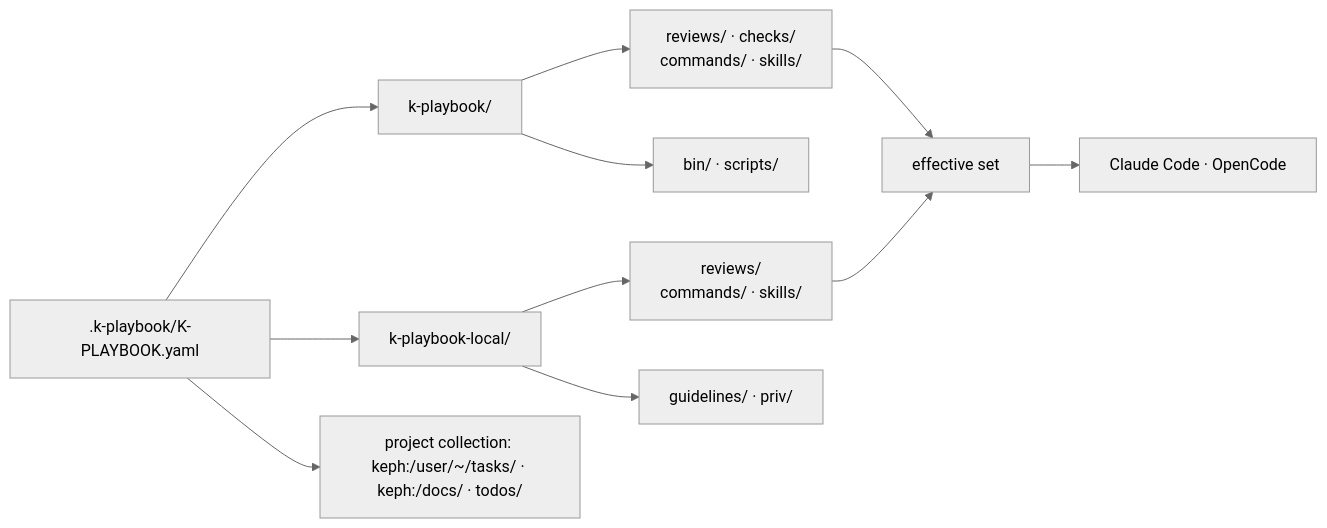
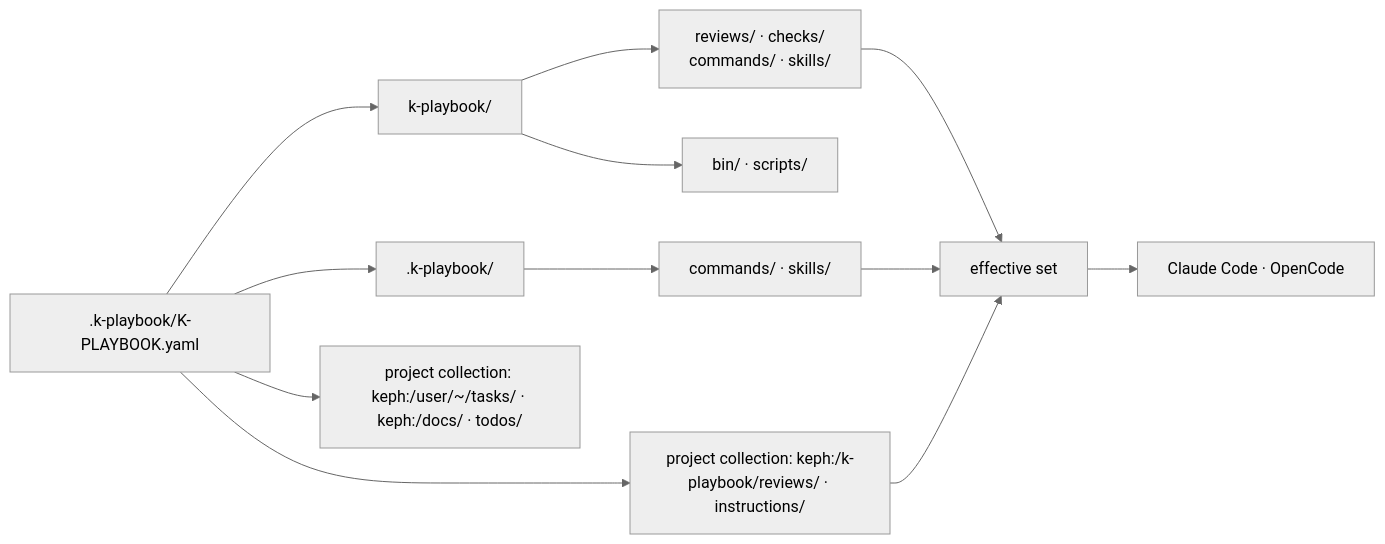
Before and after one commit to kascada/k-playbook: the first of 3 diagrams in docs/manual.md, drawn with Mermaid (neutral theme). The commit also changed other lines of this file and 24 other files, not shown here.

````diff
--- a/docs/manual.md
+++ b/docs/manual.md
@@ -42,17 +42,18 @@
 ```mermaid
 flowchart LR
     Anchor[".k-playbook/K-PLAYBOOK.yaml"] --> Playbook["k-playbook/"]
-    Anchor --> Local["k-playbook-local/"]
+    Anchor --> Project[".k-playbook/"]
 
     Playbook --> Base["reviews/ · checks/<br>commands/ · skills/"]
     Playbook --> Tool["bin/ · scripts/"]
 
-    Local --> Overlay["reviews/<br>commands/ · skills/"]
-    Local --> Artifacts["guidelines/ · priv/"]
+    Project --> Overlay["commands/ · skills/"]
+    Anchor --> Layer["project collection: keph:/k-playbook/reviews/ · instructions/"]
     Anchor --> Collection["project collection: keph:/user/~/tasks/ · keph:/docs/ · todos/"]
 
     Base --> Effective["effective set"]
     Overlay --> Effective
+    Layer --> Effective
 
     Effective --> Assistant["Claude Code · OpenCode"]
 ```
````
